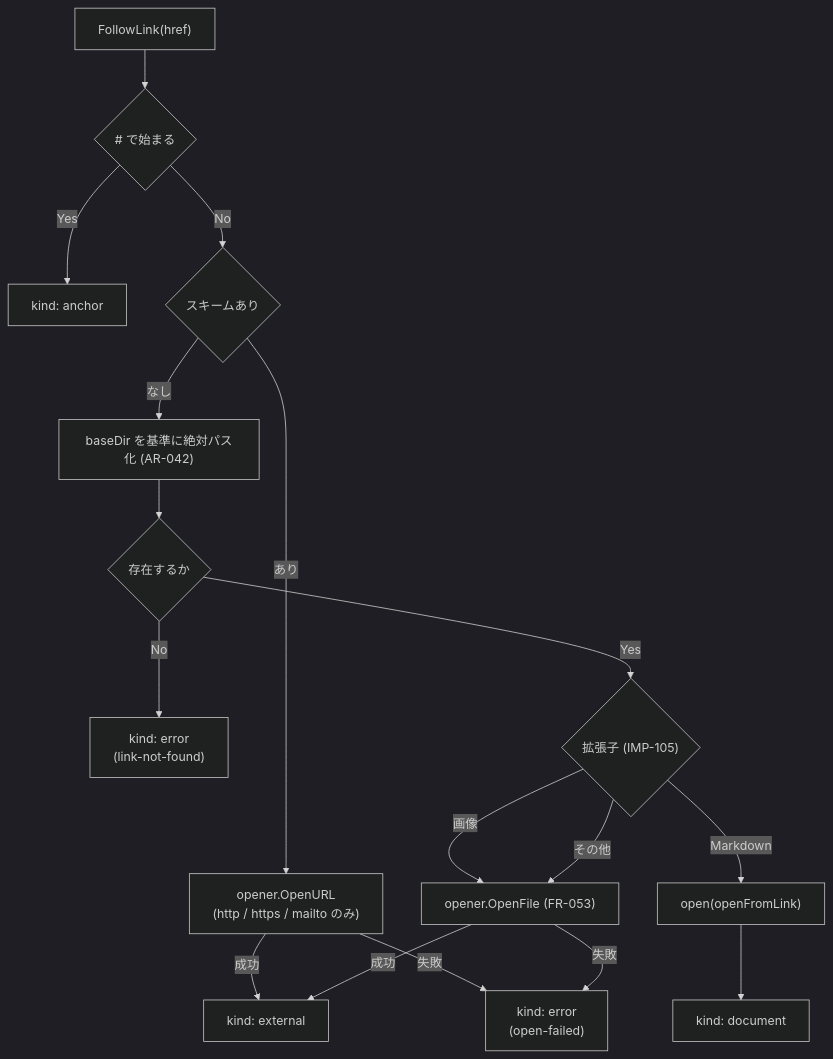
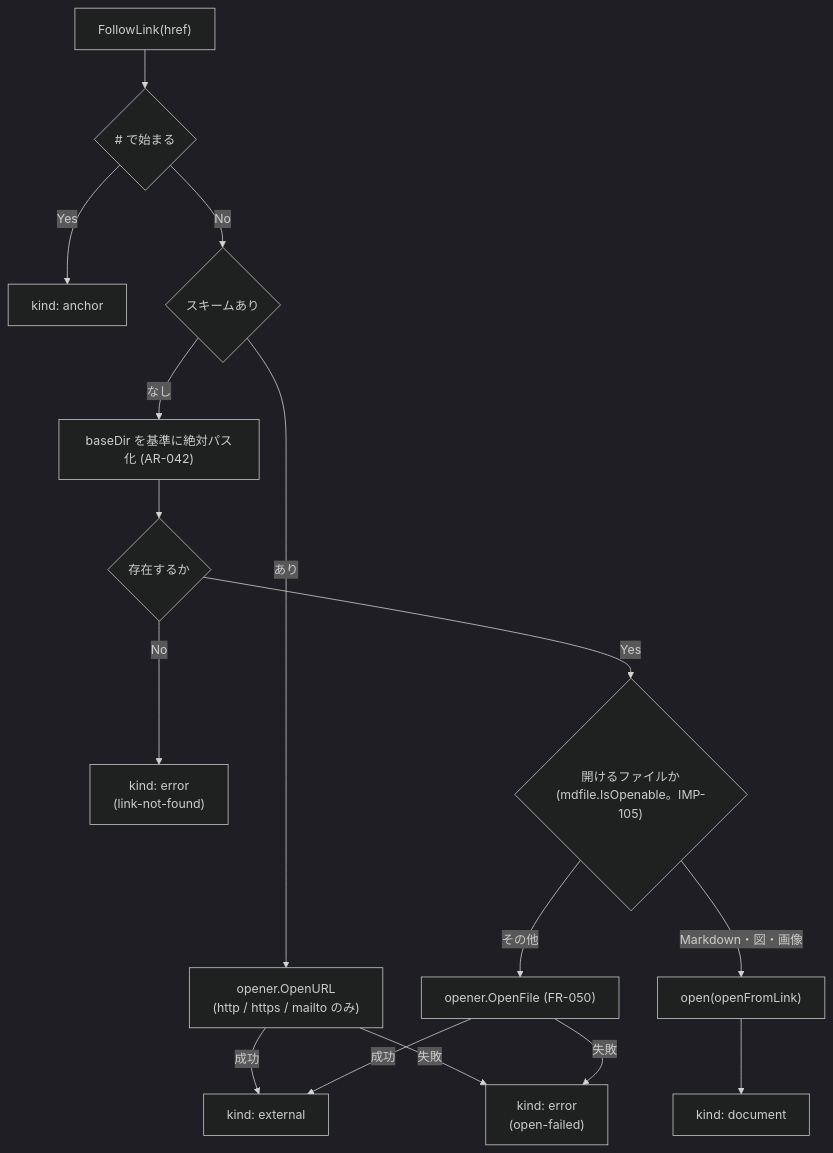
Before and after one commit to kznagamori/go_MarkView: the first of 4 diagrams in docs/specs/13-impl-interface.md, drawn with Mermaid (dark theme). The commit also changed other lines of this file and 11 other files, not shown here.

````diff
--- a/docs/specs/13-impl-interface.md
+++ b/docs/specs/13-impl-interface.md
@@ -324,18 +376,17 @@
 ```mermaid
 flowchart TD
     A["FollowLink(href)"] --> B{"# で始まる"}
     B -->|Yes| R1["kind: anchor"]
     B -->|No| C{"スキームあり"}
     C -->|あり| D["opener.OpenURL<br/>(http / https / mailto のみ)"]
     D -->|成功| R2["kind: external"]
     D -->|失敗| R5["kind: error<br/>(open-failed)"]
     C -->|なし| F["baseDir を基準に絶対パス化 (AR-042)"]
     F --> G{"存在するか"}
     G -->|No| R3["kind: error<br/>(link-not-found)"]
-    G -->|Yes| H{"拡張子 (IMP-105)"}
-    H -->|Markdown| I["open(openFromLink)"] --> R4["kind: document"]
-    H -->|画像| J["opener.OpenFile (FR-053)"]
-    H -->|その他| J
+    G -->|Yes| H{"開けるファイルか<br/>(mdfile.IsOpenable。IMP-105)"}
+    H -->|"Markdown・図・画像"| I["open(openFromLink)"] --> R4["kind: document"]
+    H -->|その他| J["opener.OpenFile (FR-050)"]
     J -->|成功| R2
     J -->|失敗| R5
 ```
````
